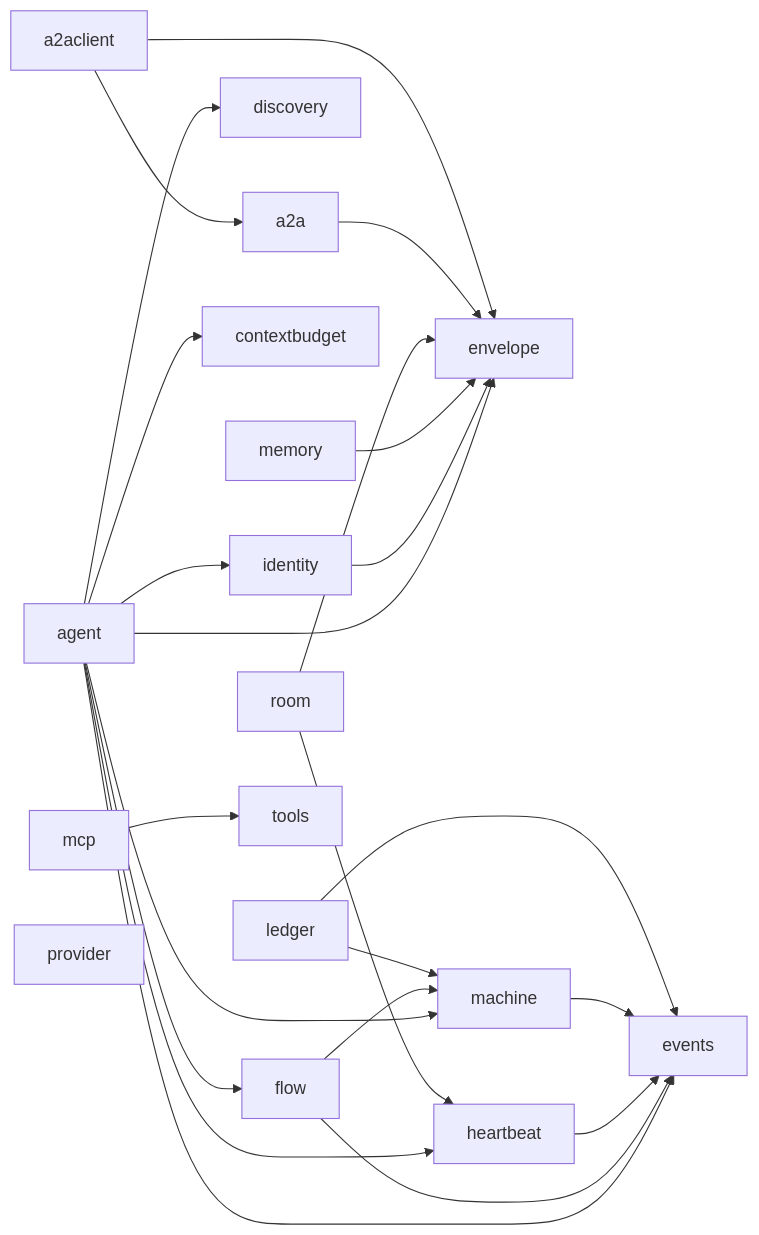
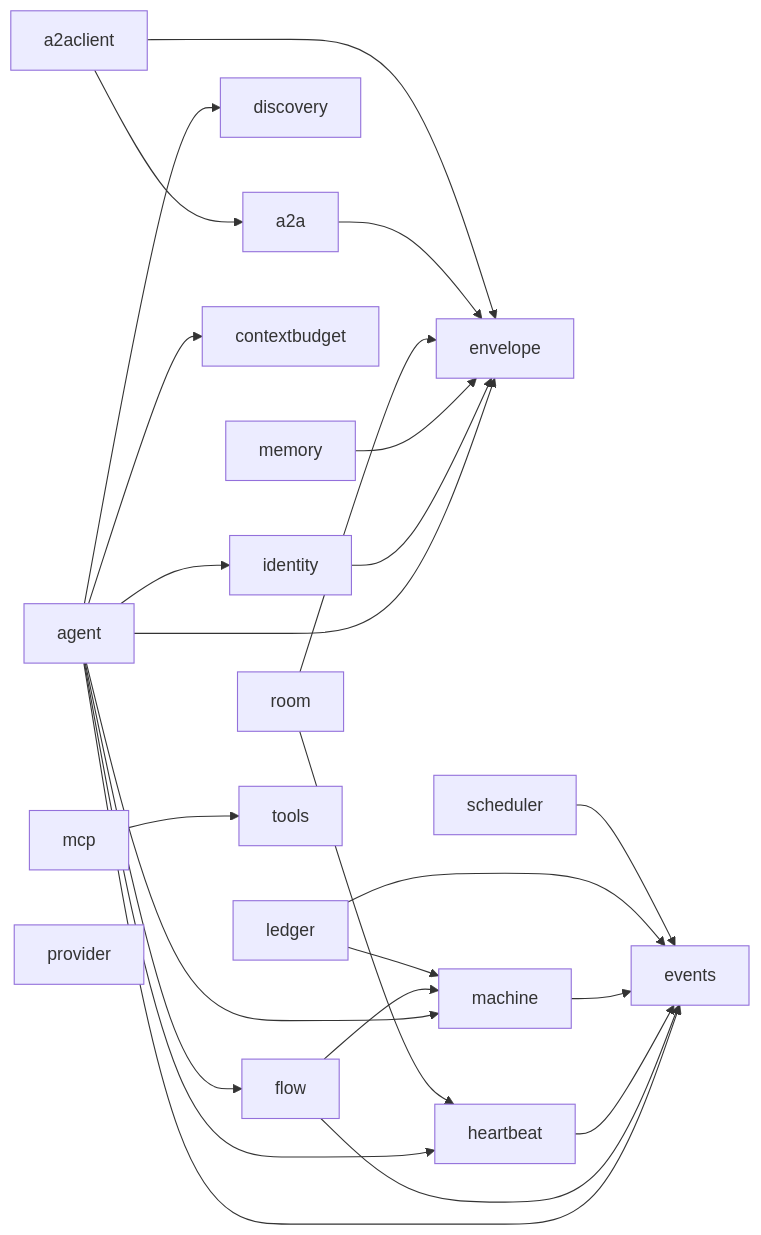
Before and after one commit to MiviaLabs/mivia-ai-sdk: the first of 2 diagrams in docs/architecture.md, drawn with Mermaid. The commit also changed other lines of this file and 18 other files, not shown here.

````diff
--- a/docs/architecture.md
+++ b/docs/architecture.md
@@ -26,31 +26,32 @@
 ```mermaid
 flowchart LR
     agent --> identity
     agent --> discovery
     agent --> flow
     agent --> envelope
     agent --> events
     agent --> machine
     agent --> heartbeat
     agent --> contextbudget
     flow --> events
     flow --> machine
     heartbeat --> events
     identity --> envelope
     machine --> events
     ledger --> machine
     ledger --> events
     memory --> envelope
     room --> envelope
     room --> heartbeat
     a2a --> envelope
     a2aclient --> a2a
     a2aclient --> envelope
     mcp --> tools
+    scheduler --> events
     contextbudget[contextbudget]
     discovery[discovery]
     envelope[envelope]
     events[events]
     provider[provider]
     tools[tools]
 ```
````
